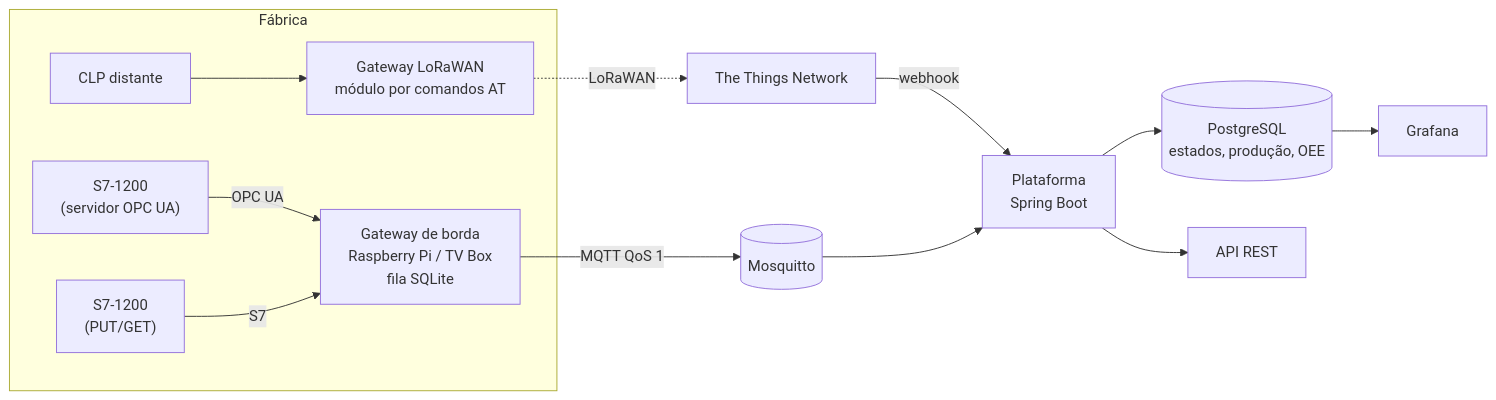
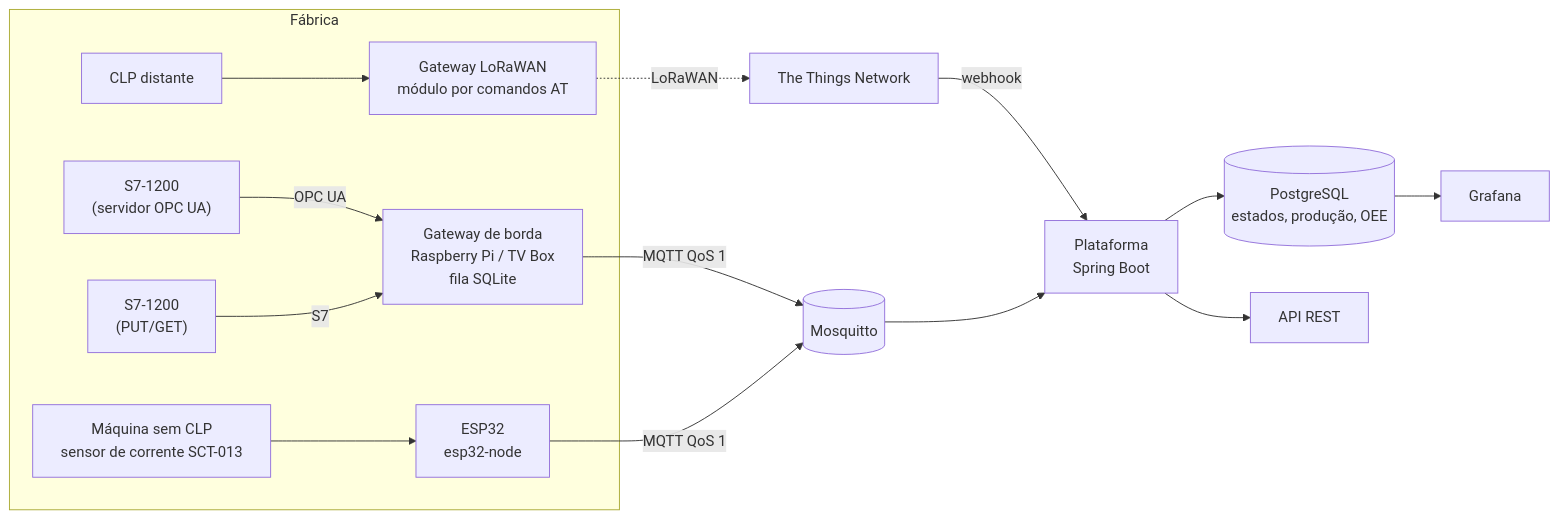
One commit to carloslpv/machine-telemetry changed the diagram in README.md. Above: the diagram before and after it, drawn with Mermaid. The commit also changed other lines of this file and 36 other files, not shown here.

First line of the commit message:
feat: ESP32 node for machines without a PLC, reading motor current with a clamp-on sensor

````diff
--- a/README.md
+++ b/README.md
@@ -49,18 +51,20 @@
 ```mermaid
 flowchart LR
   subgraph Fábrica
     PLC1["S7-1200<br/>(servidor OPC UA)"]
     PLC2["S7-1200<br/>(PUT/GET)"]
     GW["Gateway de borda<br/>Raspberry Pi / TV Box<br/>fila SQLite"]
     PLC1 -- OPC UA --> GW
     PLC2 -- S7 --> GW
     PLC3["CLP distante"] --> LGW["Gateway LoRaWAN<br/>módulo por comandos AT"]
+    MOT["Máquina sem CLP<br/>sensor de corrente SCT-013"] --> NODE["ESP32<br/>esp32-node"]
   end
   GW -- "MQTT QoS 1" --> MQ[(Mosquitto)]
+  NODE -- "MQTT QoS 1" --> MQ
   LGW -. LoRaWAN .-> TTN["The Things Network"]
   TTN -- webhook --> P
   MQ --> P["Plataforma<br/>Spring Boot"]
   P --> DB[("PostgreSQL<br/>estados, produção, OEE")]
   DB --> GF["Grafana"]
   P --> API["API REST"]
 ```
````
